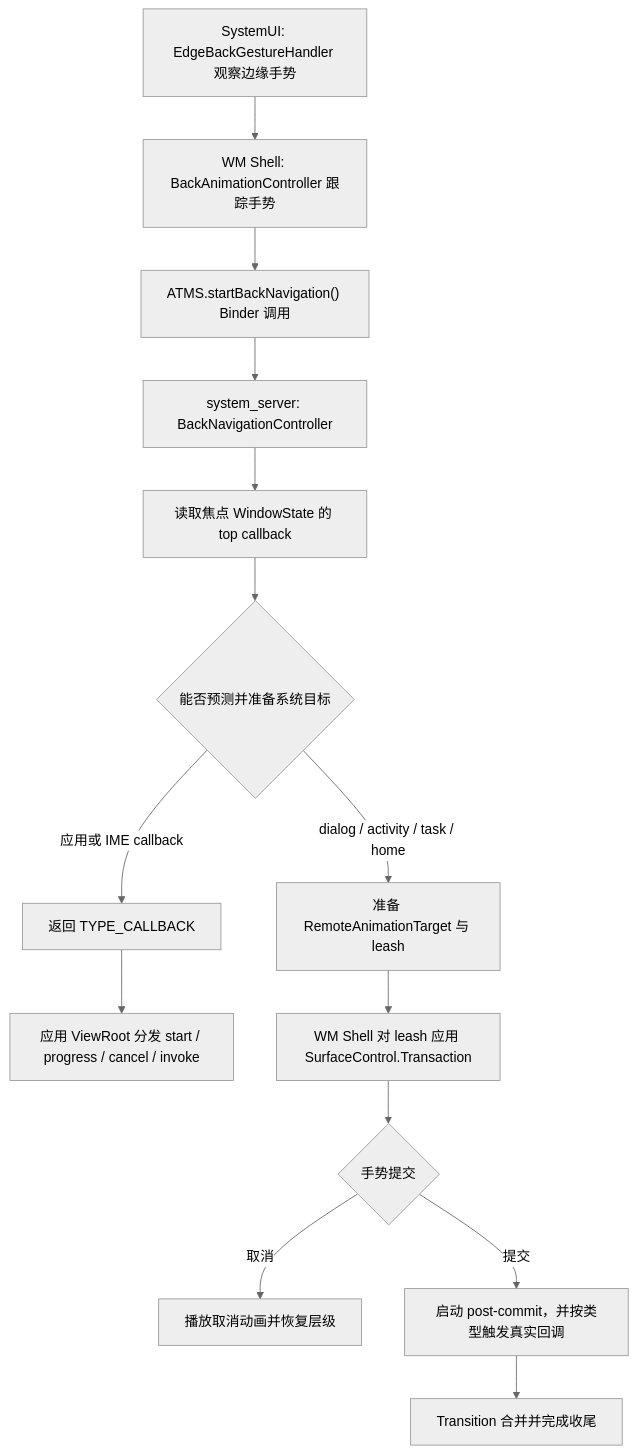
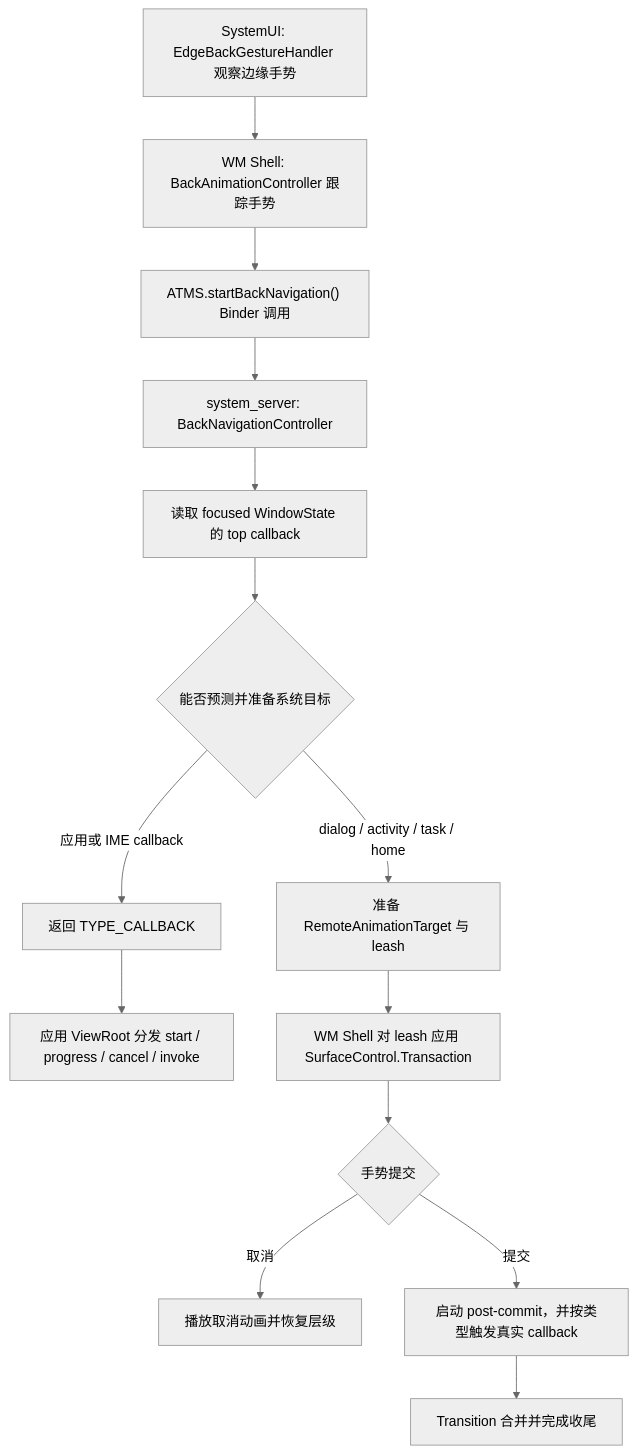
The first of 2 diagrams in src/part1-fundamentals/ch03-input/12-predictive-back-system-architecture.md (Gracker/android-internals-wiki), drawn with Mermaid (neutral theme) before and after one commit. The commit also changed other lines of this file and 4 other files, not shown here.

````diff
--- a/src/part1-fundamentals/ch03-input/12-predictive-back-system-architecture.md
+++ b/src/part1-fundamentals/ch03-input/12-predictive-back-system-architecture.md
@@ -80,16 +80,16 @@
 ```mermaid
 flowchart TD
     A["SystemUI: EdgeBackGestureHandler 观察边缘手势"] --> B["WM Shell: BackAnimationController 跟踪手势"]
     B --> C["ATMS.startBackNavigation() Binder 调用"]
     C --> D["system_server: BackNavigationController"]
-    D --> E["读取焦点 WindowState 的 top callback"]
+    D --> E["读取 focused WindowState 的 top callback"]
     E --> F{"能否预测并准备系统目标"}
     F -->|应用或 IME callback| G["返回 TYPE_CALLBACK"]
     F -->|dialog / activity / task / home| H["准备 RemoteAnimationTarget 与 leash"]
     G --> I["应用 ViewRoot 分发 start / progress / cancel / invoke"]
     H --> J["WM Shell 对 leash 应用 SurfaceControl.Transaction"]
     J --> K{"手势提交"}
     K -->|取消| L["播放取消动画并恢复层级"]
-    K -->|提交| M["启动 post-commit，并按类型触发真实回调"]
+    K -->|提交| M["启动 post-commit，并按类型触发真实 callback"]
     M --> N["Transition 合并并完成收尾"]
 ```
````
